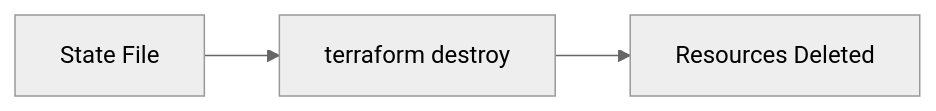
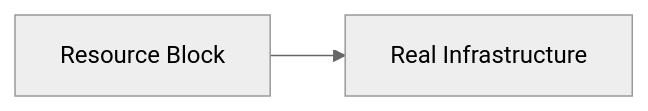
Before and after one commit to arira-ai/ar_terraform: the third of 4 diagrams in 02-Terrafrom_Blocks/02.01-Terraform_Language.md, drawn with Mermaid (neutral theme). The commit also changed other lines of this file, not shown here.

````diff
--- a/02-Terrafrom_Blocks/02.01-Terraform_Language.md
+++ b/02-Terrafrom_Blocks/02.01-Terraform_Language.md
@@ -126,5 +134,4 @@
 ```mermaid
 flowchart LR
-A[State File] --> B[terraform destroy]
-B --> C[Resources Deleted]
+A[Resource Block] --> B[Real Infrastructure]
 ```
````
